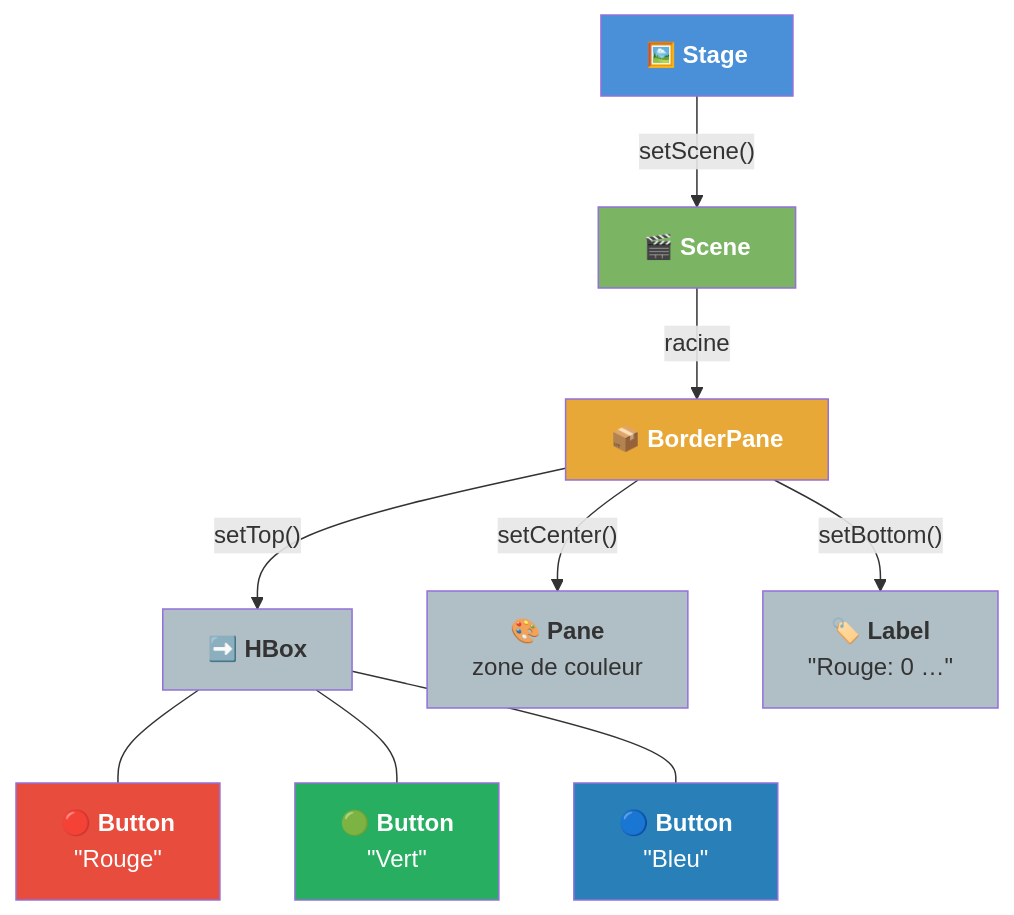
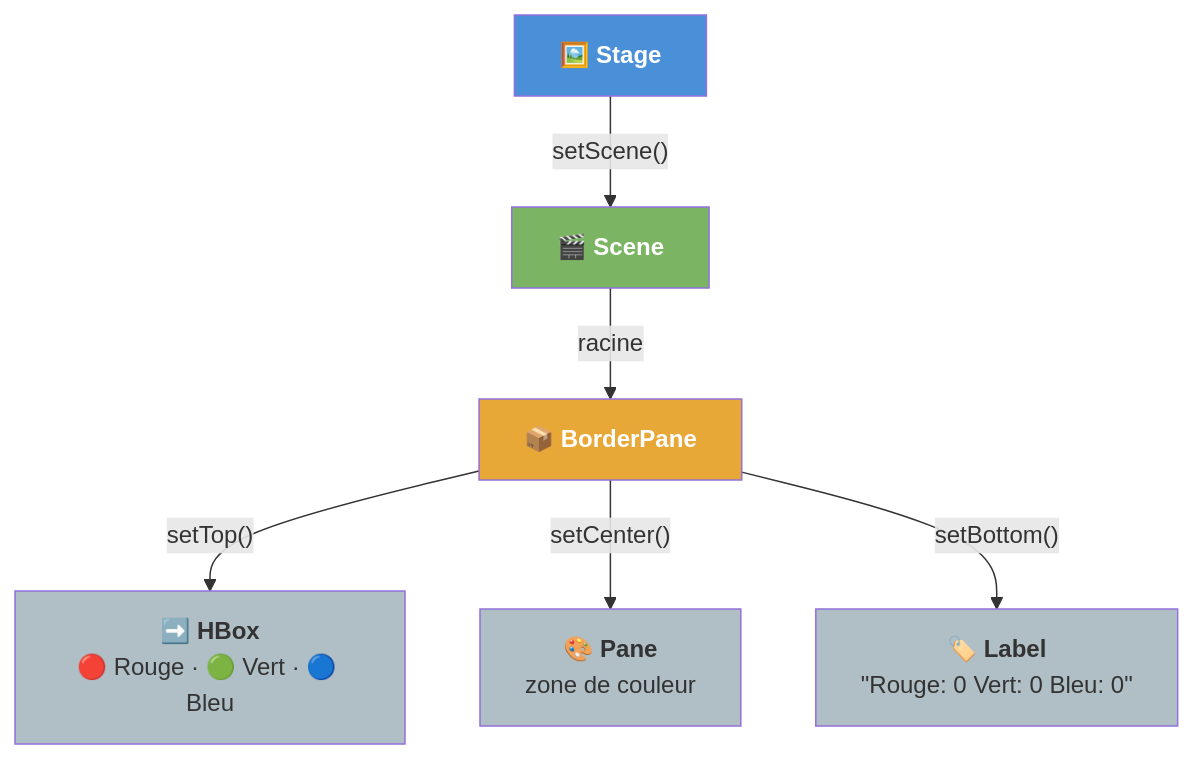
Before and after one commit to IUTInfoAix-R202-2026/tp1-Chtioui-1: the fifth of 5 diagrams in README.md, drawn with Mermaid.

Commit message:
docs(tp1): simplifie le graphe de scène exercice 6
Les 3 nœuds Button séparés causaient des croisements de flèches.
Les boutons sont intégrés dans le label du HBox (🔴 Rouge · 🟢 Vert
· 🔵 Bleu) — la maquette SVG montre déjà le détail visuel.
Le graphe passe de 8 nœuds à 5, sans aucun croisement.

````diff
--- a/README.md
+++ b/README.md
@@ -976,21 +976,15 @@
 ```mermaid
 graph TD
     ST["🖼️ <b>Stage</b>"] -->|"setScene()"| S["🎬 <b>Scene</b>"]
     S -->|"racine"| BP["📦 <b>BorderPane</b>"]
-    BP -->|"setTop()"| H["➡️ <b>HBox</b>"]
+    BP -->|"setTop()"| H["➡️ <b>HBox</b><br/>🔴 Rouge · 🟢 Vert · 🔵 Bleu"]
     BP -->|"setCenter()"| Z["🎨 <b>Pane</b><br/>zone de couleur"]
-    BP -->|"setBottom()"| L["🏷️ <b>Label</b><br/>&quot;Rouge: 0 …&quot;"]
-    H --- BR["🔴 <b>Button</b><br/>&quot;Rouge&quot;"]
-    H --- BV["🟢 <b>Button</b><br/>&quot;Vert&quot;"]
-    H --- BB["🔵 <b>Button</b><br/>&quot;Bleu&quot;"]
+    BP -->|"setBottom()"| L["🏷️ <b>Label</b><br/>&quot;Rouge: 0  Vert: 0  Bleu: 0&quot;"]
 
     style ST fill:#4a90d9,color:white
     style S fill:#7bb563,color:white
     style BP fill:#e8a838,color:white
     style H fill:#b0bec5,color:#333
     style Z fill:#b0bec5,color:#333
     style L fill:#b0bec5,color:#333
-    style BR fill:#e74c3c,color:white
-    style BV fill:#27ae60,color:white
-    style BB fill:#2980b9,color:white
 ```
````
